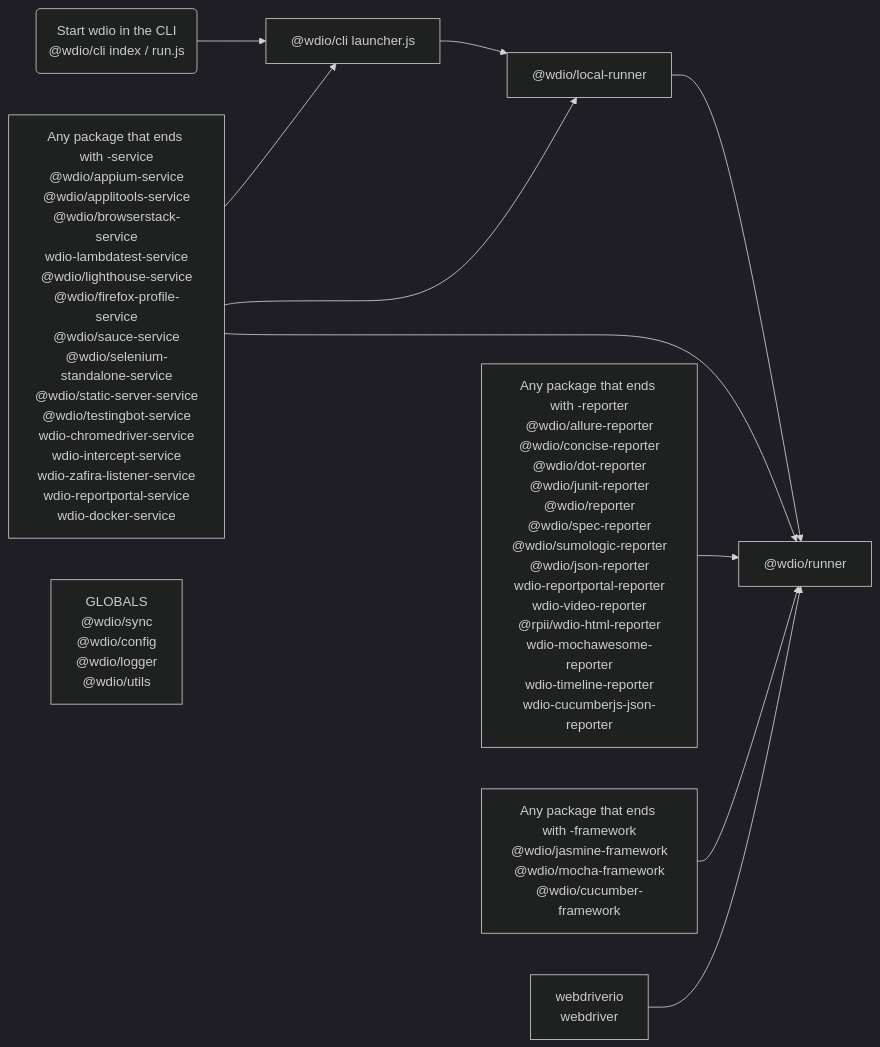
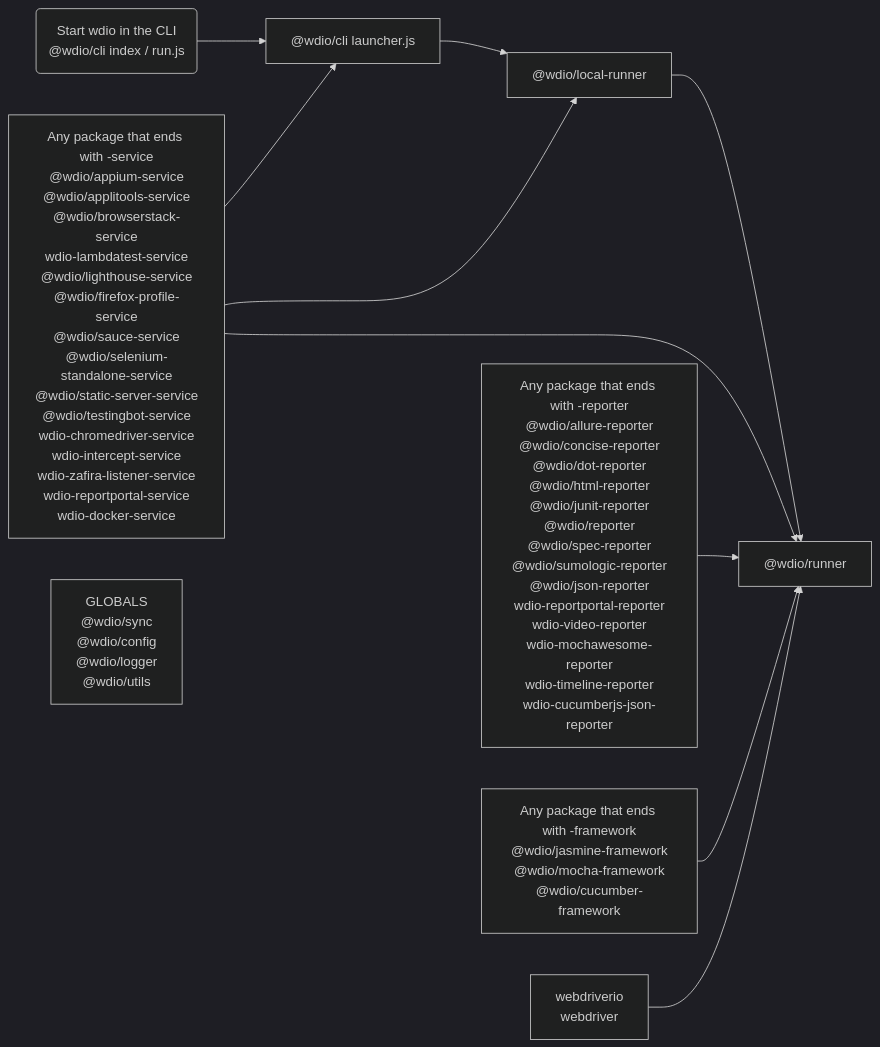
One commit to webdriverio/webdriverio changed the diagram in website/docs/flowcharts/HighLevelOverview.md. Above: the diagram before and after it, drawn with Mermaid (dark theme). The commit also changed 36 other files, not shown here.

First line of the commit message:
feat(@wdio/html-reporter): move the HTML reporter into the main repository

````diff
--- a/website/docs/flowcharts/HighLevelOverview.md
+++ b/website/docs/flowcharts/HighLevelOverview.md
@@ -8,17 +8,17 @@
 ```mermaid
 graph LR
     START("Start wdio in the CLI<br> @wdio/cli index / run.js")-->
     LAUNCHER["@wdio/cli launcher.js"]-->
     LOCALRUNNER["@wdio/local-runner"]-->
     RUNNER["@wdio/runner"]
     LISTOFSERVICES["Any package that ends with -service<br>@wdio/appium-service<br>@wdio/applitools-service<br>@wdio/browserstack-service<br>wdio-lambdatest-service<br>@wdio/lighthouse-service<br>@wdio/firefox-profile-service<br>@wdio/sauce-service<br>@wdio/selenium-standalone-service<br>@wdio/static-server-service<br>@wdio/testingbot-service<br>wdio-chromedriver-service<br>wdio-intercept-service<br>wdio-zafira-listener-service<br>wdio-reportportal-service<br>wdio-docker-service"]-->
     LAUNCHER
     LISTOFSERVICES-->LOCALRUNNER
     LISTOFSERVICES-->RUNNER
-    REPORTER["Any package that ends with -reporter<br>@wdio/allure-reporter<br>@wdio/concise-reporter<br>@wdio/dot-reporter<br>@wdio/junit-reporter<br>@wdio/reporter<br>@wdio/spec-reporter<br>@wdio/sumologic-reporter<br>@wdio/json-reporter<br>wdio-reportportal-reporter<br>wdio-video-reporter<br>@rpii/wdio-html-reporter<br>wdio-mochawesome-reporter<br>wdio-timeline-reporter<br>wdio-cucumberjs-json-reporter"]-->RUNNER
+    REPORTER["Any package that ends with -reporter<br>@wdio/allure-reporter<br>@wdio/concise-reporter<br>@wdio/dot-reporter<br>@wdio/html-reporter<br>@wdio/junit-reporter<br>@wdio/reporter<br>@wdio/spec-reporter<br>@wdio/sumologic-reporter<br>@wdio/json-reporter<br>wdio-reportportal-reporter<br>wdio-video-reporter<br>wdio-mochawesome-reporter<br>wdio-timeline-reporter<br>wdio-cucumberjs-json-reporter"]-->RUNNER
     FRAMEWORK["Any package that ends with -framework<br>@wdio/jasmine-framework<br>@wdio/mocha-framework<br>@wdio/cucumber-framework<br>"]-->
     RUNNER
     WEBDRIVER["webdriverio<br>webdriver"]-->
     RUNNER
     GLOBAL["GLOBALS<br>@wdio/sync<br>@wdio/config<br>@wdio/logger<br>@wdio/utils"]
 ```
````
